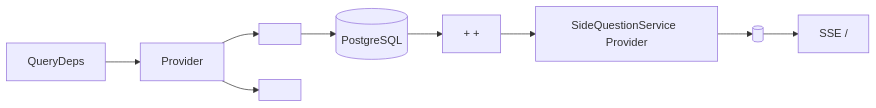
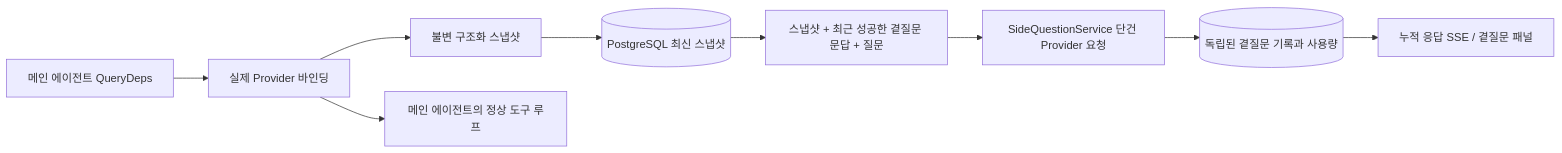
One commit to khadafigans/Bob-Research-Labs changed the diagram in sidequestion/README.md. Above: the diagram before and after it, drawn with Mermaid. The commit also changed other lines of this file and 438 other files, not shown here.

````diff
--- a/sidequestion/README.md
+++ b/sidequestion/README.md
@@ -13,11 +15,11 @@
 ```mermaid
 flowchart LR
-    A[  QueryDeps] --> B[ Provider ]
-    B --> C[  ]
-    B --> D[    ]
-    C --> E[(PostgreSQL  )]
-    E --> F[ +     + ]
-    F --> G[SideQuestionService  Provider ]
-    G --> H[(   )]
-    H --> I[  SSE /  ]
+    A[메인 에이전트 QueryDeps] --> B[실제 Provider 바인딩]
+    B --> C[불변 구조화 스냅샷]
+    B --> D[메인 에이전트의 정상 도구 루프]
+    C --> E[(PostgreSQL 최신 스냅샷)]
+    E --> F[스냅샷 + 최근 성공한 곁질문 문답 + 질문]
+    F --> G[SideQuestionService 단건 Provider 요청]
+    G --> H[(독립된 곁질문 기록과 사용량)]
+    H --> I[누적 응답 SSE / 곁질문 패널]
 ```
````
